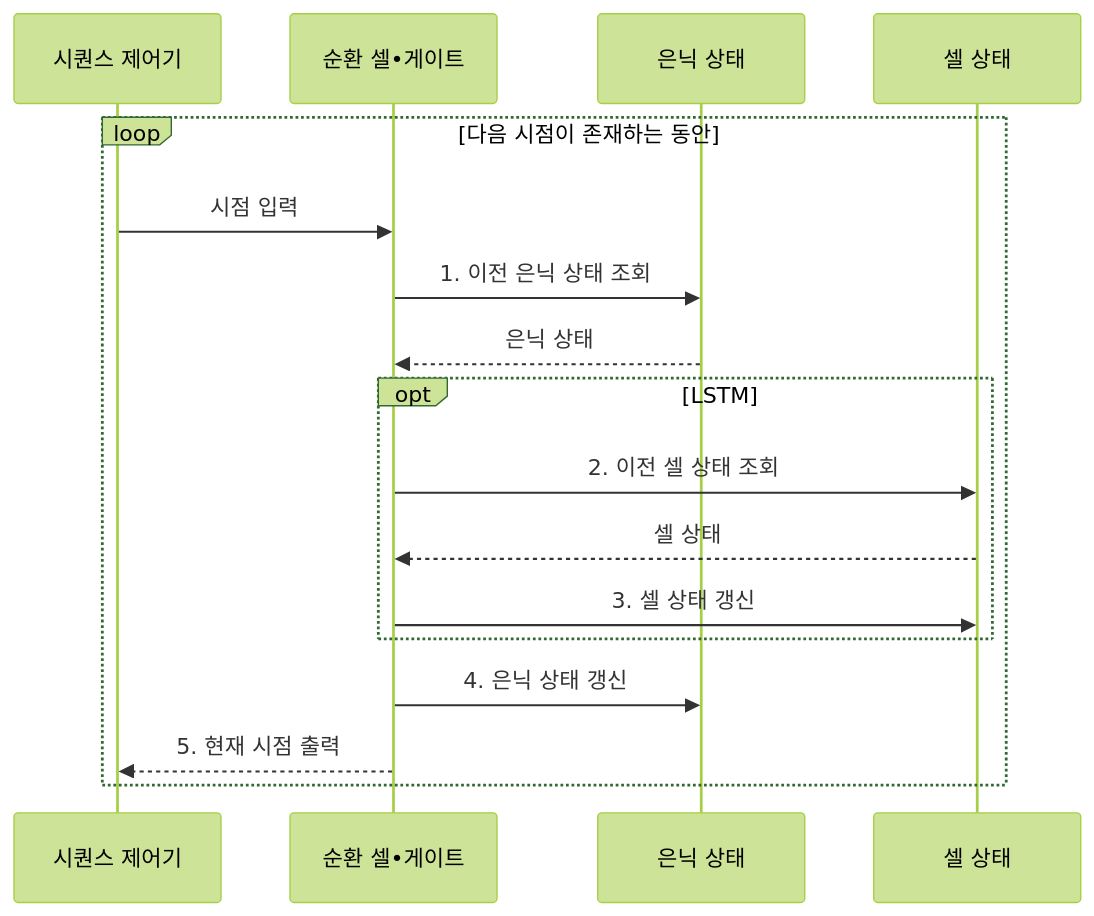
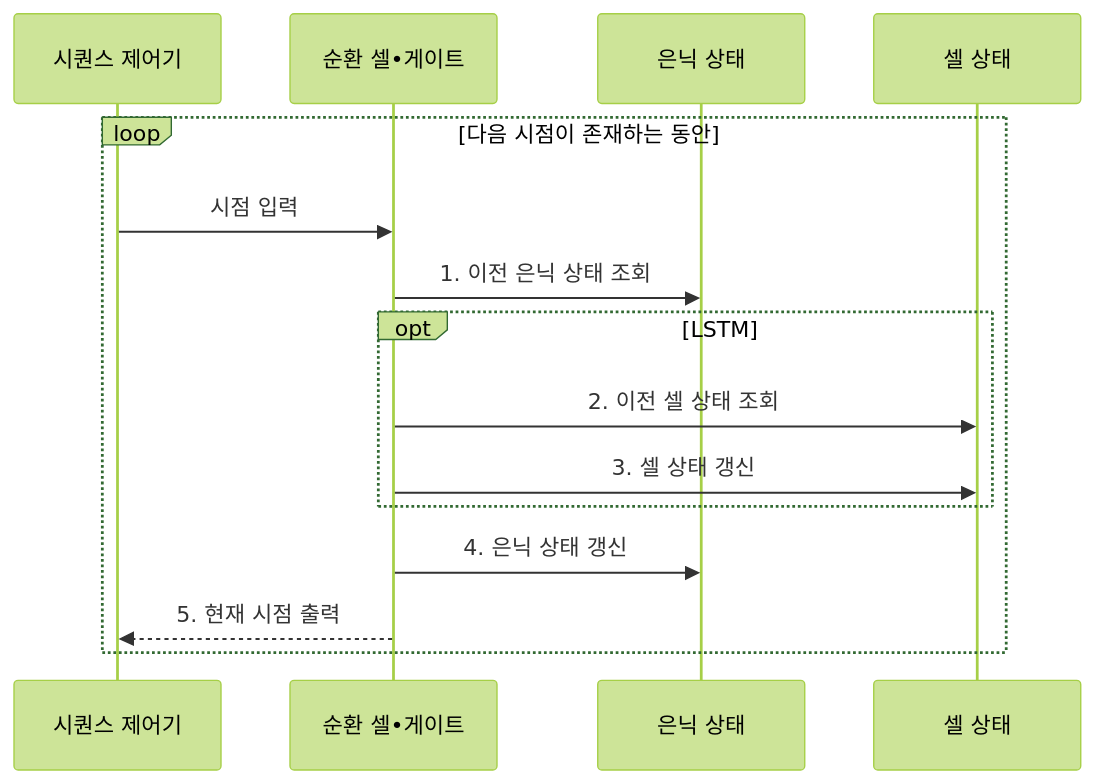
Before and after one commit to agnusdei1207/knowledge-base: the second of 2 diagrams in src/content/docs/notes/01-basic-theory/044_rnn.md, drawn with Mermaid (forest theme). The commit also changed other lines of this file and 26 other files, not shown here.

````diff
--- a/src/content/docs/notes/01-basic-theory/044_rnn.md
+++ b/src/content/docs/notes/01-basic-theory/044_rnn.md
@@ -81,19 +81,17 @@
 ```mermaid
 sequenceDiagram
     participant T as 시퀀스 제어기
     participant R as 순환 셀•게이트
     participant H as 은닉 상태
     participant C as 셀 상태
     loop 다음 시점이 존재하는 동안
         T->>R: 시점 입력
         R->>H: 1. 이전 은닉 상태 조회
-        H-->>R: 은닉 상태
         opt LSTM
             R->>C: 2. 이전 셀 상태 조회
-            C-->>R: 셀 상태
             R->>C: 3. 셀 상태 갱신
         end
         R->>H: 4. 은닉 상태 갱신
         R-->>T: 5. 현재 시점 출력
     end
 ```
````
